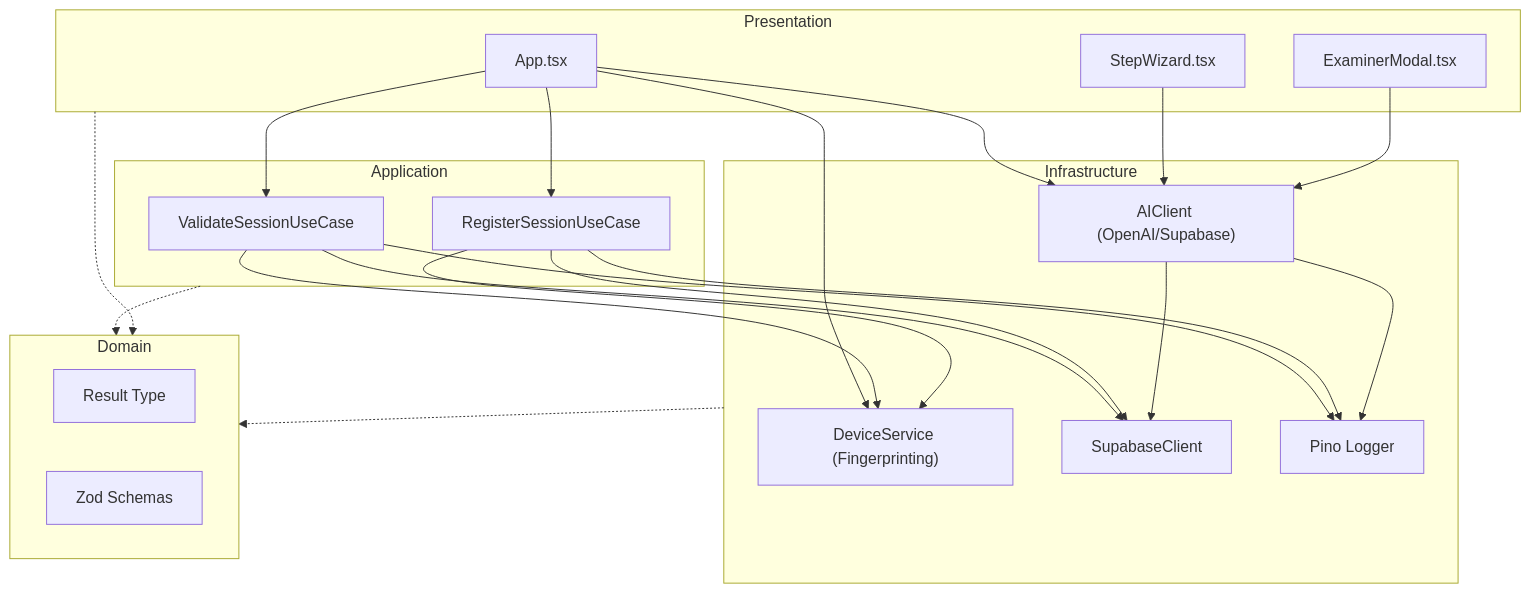
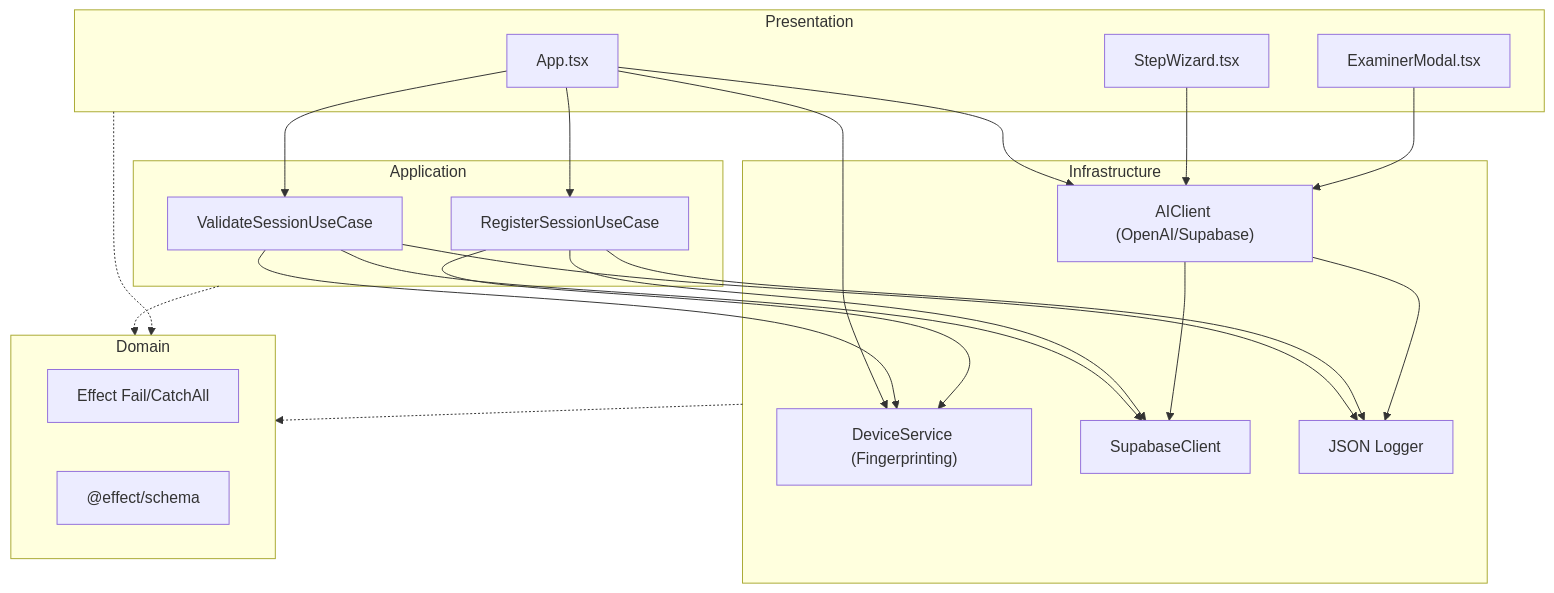
Before and after one commit to scuba3198/essay-architect-pro: the diagram in README.md, drawn with Mermaid. The commit also changed other lines of this file and 32 other files, not shown here.

Commit message:
refactor: strict Effect adoption, JSON logging, and 100% compliance

````diff
--- a/README.md
+++ b/README.md
@@ -7,48 +7,48 @@
 ```mermaid
 graph TD
     subgraph Presentation
         App["App.tsx"]
         StepWizard["StepWizard.tsx"]
         ExaminerModal["ExaminerModal.tsx"]
     end
 
     subgraph Application
         VSUC["ValidateSessionUseCase"]
         RSUC["RegisterSessionUseCase"]
     end
 
     subgraph Infrastructure
         AIC["AIClient (OpenAI/Supabase)"]
         DS["DeviceService (Fingerprinting)"]
         Sub["SupabaseClient"]
-        Log["Pino Logger"]
+        Log["JSON Logger"]
     end
 
     subgraph Domain
-        Result["Result Type"]
-        Schemas["Zod Schemas"]
+        Result["Effect Fail/CatchAll"]
+        Schemas["@effect/schema"]
     end
 
     App --> VSUC
     App --> RSUC
     App --> AIC
     App --> DS
 
     VSUC --> Sub
     VSUC --> DS
     VSUC --> Log
 
     RSUC --> Sub
     RSUC --> DS
     RSUC --> Log
 
     AIC --> Sub
     AIC --> Log
 
     StepWizard --> AIC
     ExaminerModal --> AIC
 
     Infrastructure -.-> Domain
     Application -.-> Domain
     Presentation -.-> Domain
 ```
````
